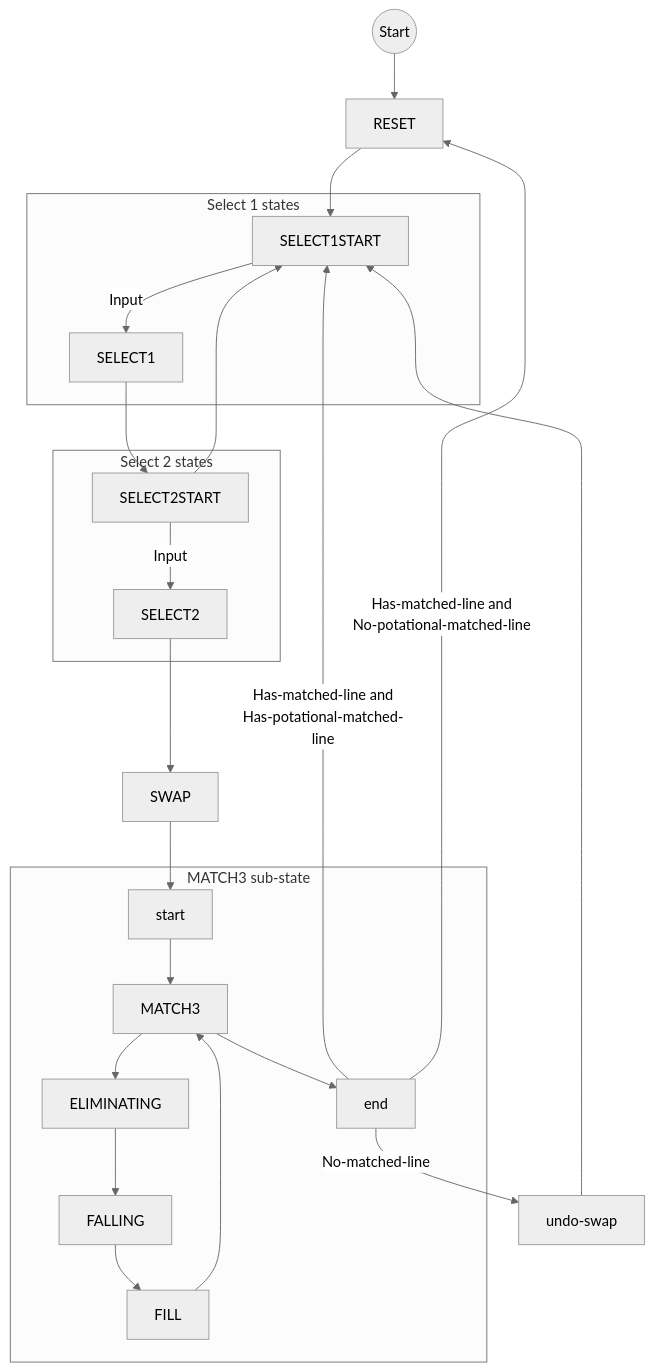
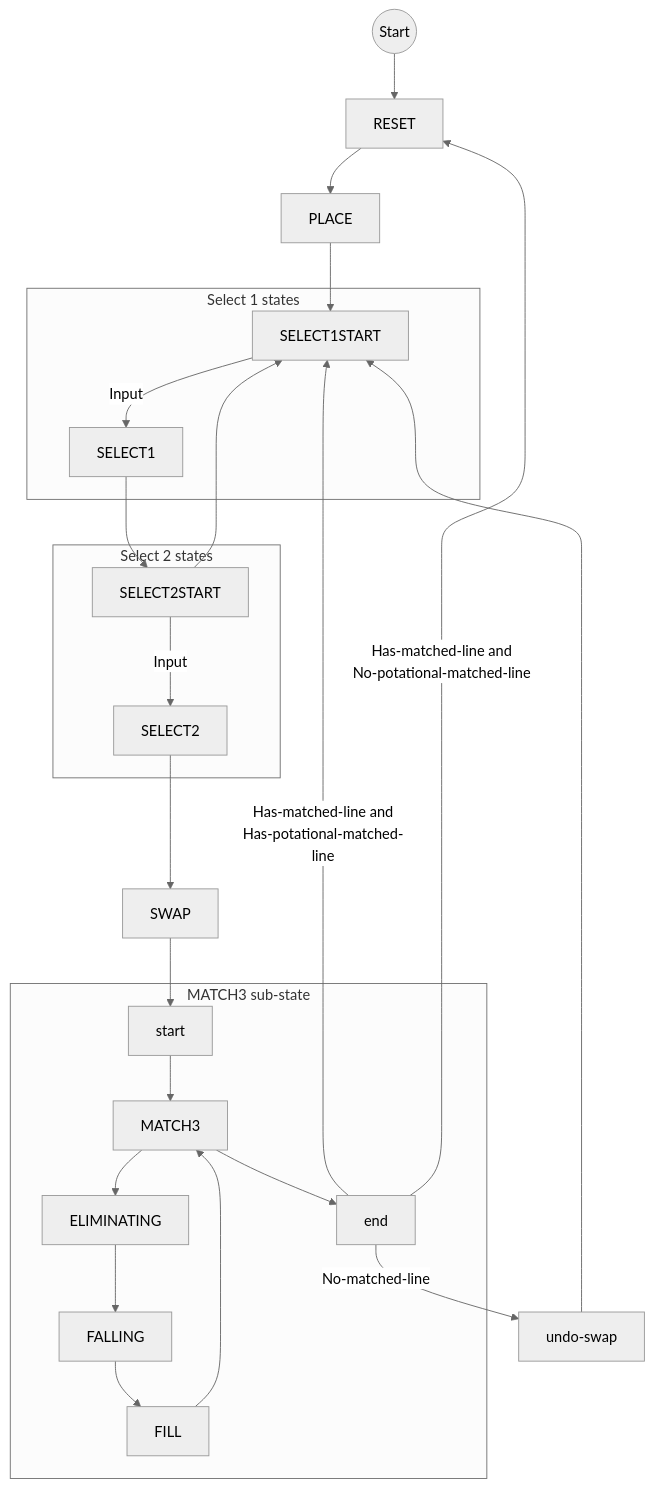
One commit to rexrainbow/phaser3-rex-notes changed the diagram in docs/docs/board-bejeweled.md. Above: the diagram before and after it, drawn with Mermaid (neutral theme). The commit also changed other lines of this file and 9 other files, not shown here.

````diff
--- a/docs/docs/board-bejeweled.md
+++ b/docs/docs/board-bejeweled.md
@@ -200,34 +202,34 @@
 ```mermaid
 graph TD
 
-Start((Start)) --> RESET
+Start((Start)) --> RESET --> PLACE
 
-RESET --> SELECT1START
+PLACE --> SELECT1START
 
 subgraph Select 1 states
   SELECT1START --> |Input| SELECT1
 end
 
 SELECT1 --> SELECT2START
 
 subgraph Select 2 states
   SELECT2START --> |Input| SELECT2
 end
 
 SELECT2START --> SELECT1START
 SELECT2 --> SWAP
 SWAP --> MatchStart[start]
 
 subgraph MATCH3 sub-state
   MatchStart --> MATCH3
   MATCH3 --> ELIMINATING
   MATCH3 --> MatchEnd[end]
   ELIMINATING --> FALLING
   FALLING --> FILL
   FILL --> MATCH3
 end
 
 MatchEnd --> |No-matched-line| UndoSwap[undo-swap] --> SELECT1START
 MatchEnd --> |Has-matched-line and<br>Has-potational-matched-line| SELECT1START
 MatchEnd --> |Has-matched-line and<br>No-potational-matched-line| RESET
 ```
````
